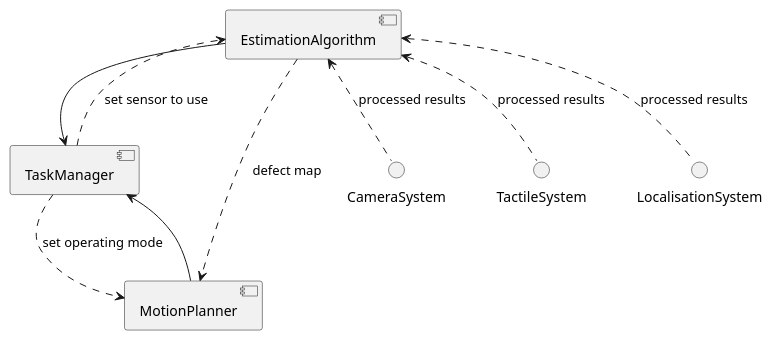
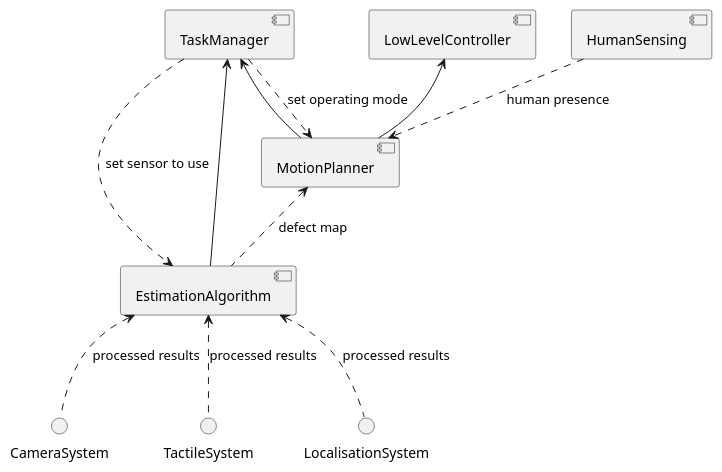
One commit to magician-project/magician-project changed the second of 6 diagrams in framework.md. Above: the diagram before and after it, drawn with PlantUML. The commit also changed other lines of this file, not shown here.

````diff
--- a/framework.md
+++ b/framework.md
@@ -89,16 +81,18 @@
 ```{plantuml}
-:width: 800px
+:width: 700px
 @startuml
 CameraSystem .up.> [EstimationAlgorithm]: processed results
 TactileSystem .up.> [EstimationAlgorithm]: processed results
 LocalisationSystem .up.> [EstimationAlgorithm]: processed results
 
-[EstimationAlgorithm] ..> [MotionPlanner]: defect map
-[EstimationAlgorithm] -> [TaskManager]
-[MotionPlanner] -> [TaskManager]
+[EstimationAlgorithm] .up.> [MotionPlanner]: defect map
+[EstimationAlgorithm] -up-> [TaskManager]
+[MotionPlanner] -down-> [TaskManager]
 [TaskManager] ..> [EstimationAlgorithm]: set sensor to use
 [TaskManager] ..> [MotionPlanner]: set operating mode
+[LowLevelController] <-- [MotionPlanner]
+[HumanSensing] ..> [MotionPlanner]: human presence
 
 }
 @enduml
 ```
````
